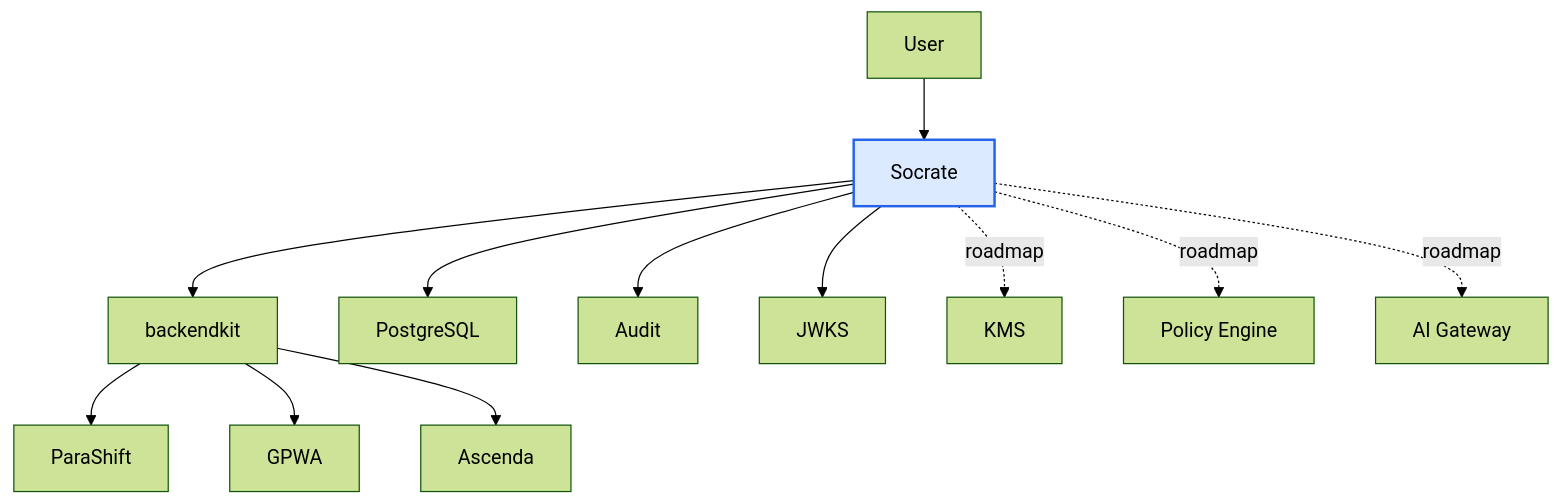
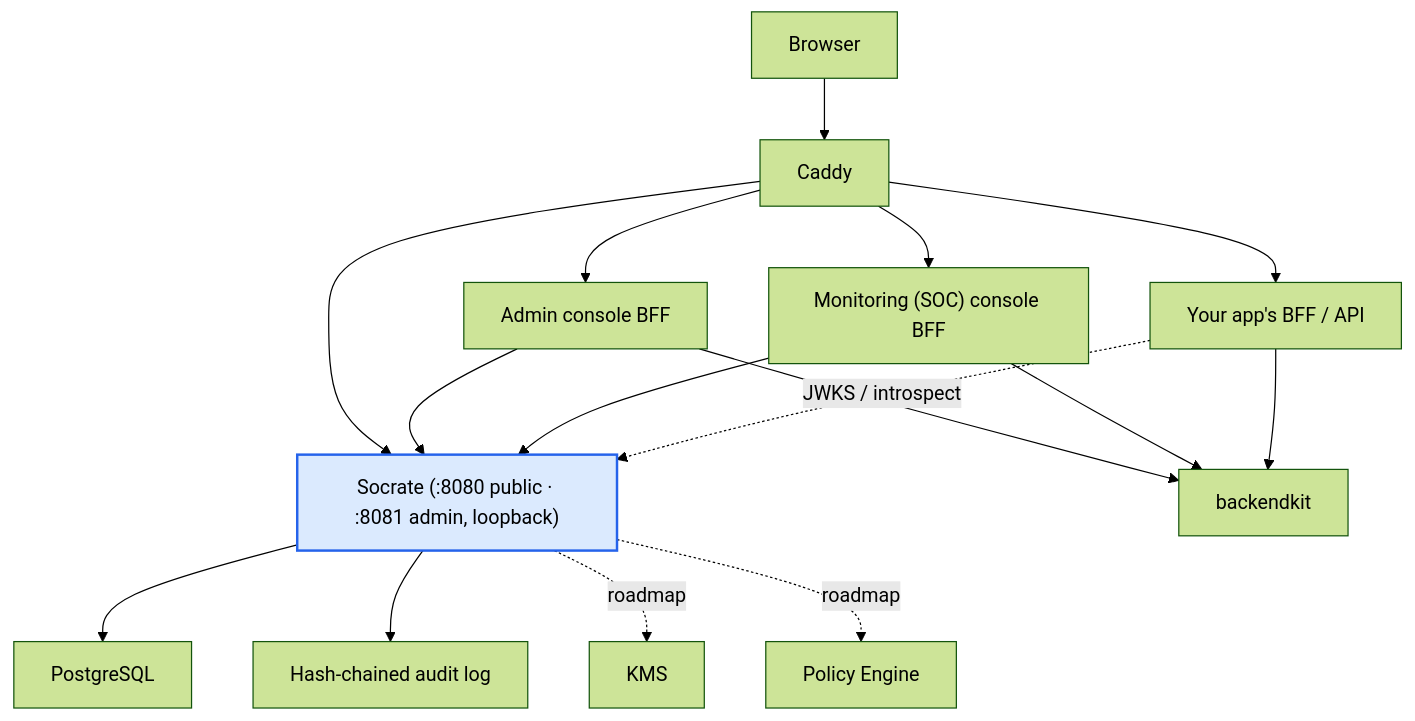
Before and after one commit to ovander/go-oauth2: the first of 3 diagrams in README.md, drawn with Mermaid (forest theme). The commit also changed other lines of this file and 1 other file, not shown here.

````diff
--- a/README.md
+++ b/README.md
@@ -56,17 +58,21 @@
 ```mermaid
 graph TD
-    User --> Socrate
-    Socrate --> backendkit
-    backendkit --> ParaShift
-    backendkit --> GPWA
-    backendkit --> Ascenda
+    Browser --> Caddy
+    Caddy --> Socrate["Socrate (:8080 public · :8081 admin, loopback)"]
+    Caddy --> AdminBFF["Admin console BFF"]
+    Caddy --> MonBFF["Monitoring (SOC) console BFF"]
+    Caddy --> AppBFF["Your app's BFF / API"]
+    AdminBFF --> Socrate
+    MonBFF --> Socrate
+    AppBFF -. JWKS / introspect .-> Socrate
+    AdminBFF --> backendkit
+    MonBFF --> backendkit
+    AppBFF --> backendkit
     Socrate --> PostgreSQL
-    Socrate --> Audit
-    Socrate --> JWKS
+    Socrate --> Audit["Hash-chained audit log"]
     Socrate -. roadmap .-> KMS
     Socrate -. roadmap .-> PolicyEngine["Policy Engine"]
-    Socrate -. roadmap .-> AIGateway["AI Gateway"]
 
     classDef here fill:#dbeafe,stroke:#2563eb,stroke-width:2px;
     class Socrate here;
 ```
````
